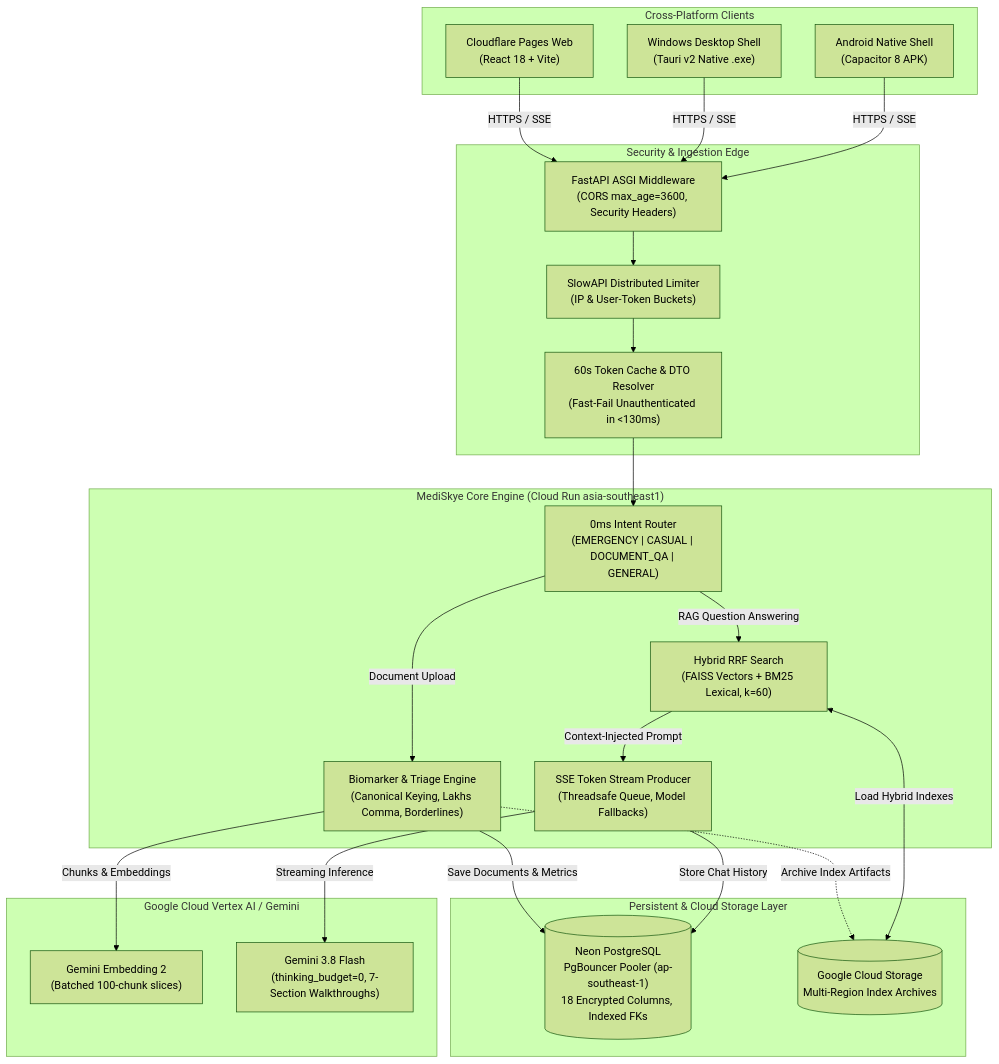
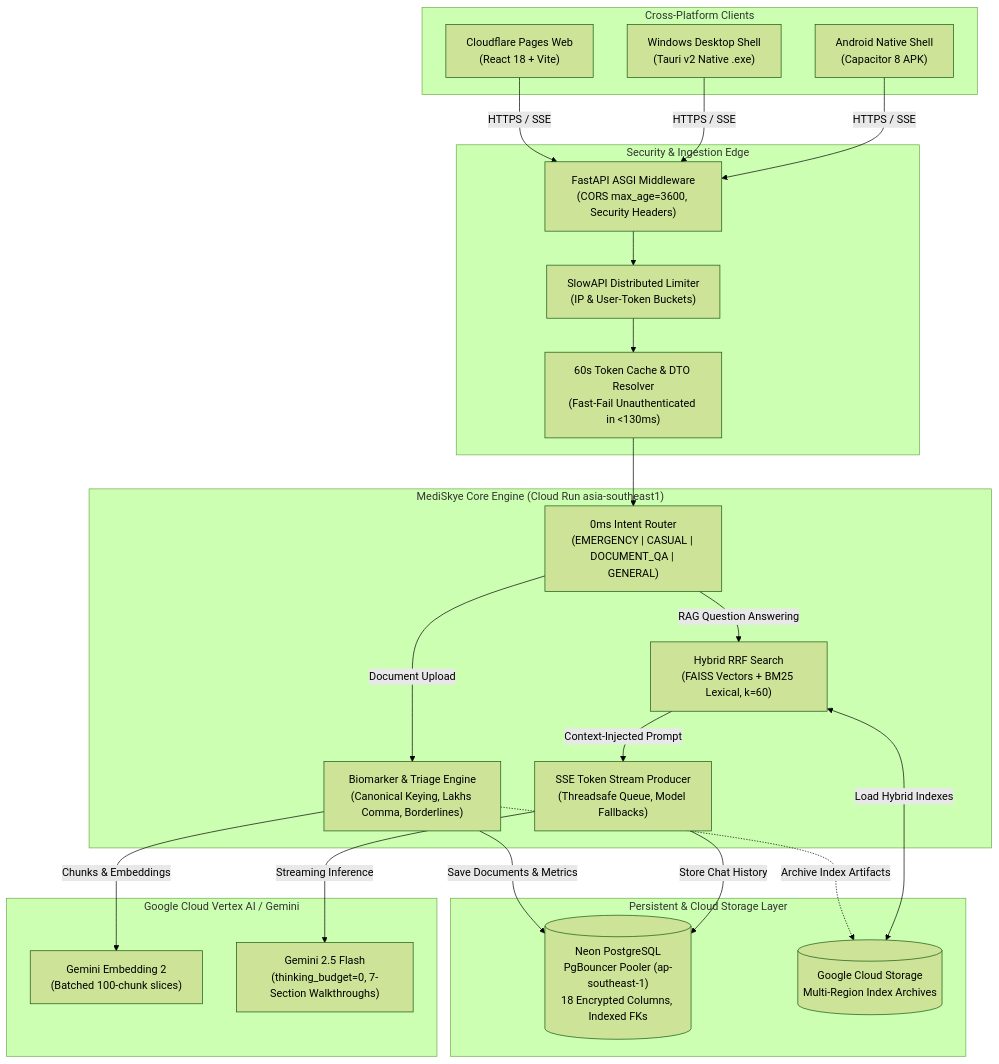
Before and after one commit to AdityaSharma2k04/MediSkye: the diagram in README.md, drawn with Mermaid (forest theme). The commit also changed other lines of this file and 12 other files, not shown here.

````diff
--- a/README.md
+++ b/README.md
@@ -86,44 +86,44 @@
 ```mermaid
 flowchart TB
     subgraph Clients["Cross-Platform Clients"]
         WEB["Cloudflare Pages Web<br/>(React 18 + Vite)"]
         TAURI["Windows Desktop Shell<br/>(Tauri v2 Native .exe)"]
         ANDROID["Android Native Shell<br/>(Capacitor 8 APK)"]
     end
 
     subgraph Edge["Security & Ingestion Edge"]
         CORS["FastAPI ASGI Middleware<br/>(CORS max_age=3600, Security Headers)"]
         RATE["SlowAPI Distributed Limiter<br/>(IP & User-Token Buckets)"]
         AUTH_GATE["60s Token Cache & DTO Resolver<br/>(Fast-Fail Unauthenticated in <130ms)"]
     end
 
     subgraph Core["MediSkye Core Engine (Cloud Run asia-southeast1)"]
         ROUTER["0ms Intent Router<br/>(EMERGENCY | CASUAL | DOCUMENT_QA | GENERAL)"]
         EXTRACT["Biomarker & Triage Engine<br/>(Canonical Keying, Lakhs Comma, Borderlines)"]
         RAG["Hybrid RRF Search<br/>(FAISS Vectors + BM25 Lexical, k=60)"]
         STREAM["SSE Token Stream Producer<br/>(Threadsafe Queue, Model Fallbacks)"]
     end
 
     subgraph Storage["Persistent & Cloud Storage Layer"]
         NEON[("Neon PostgreSQL<br/>PgBouncer Pooler (ap-southeast-1)<br/>18 Encrypted Columns, Indexed FKs")]
         GCS[("Google Cloud Storage<br/>Multi-Region Index Archives")]
     end
 
     subgraph Intelligence["Google Cloud Vertex AI / Gemini"]
         EMBED_API["Gemini Embedding 2<br/>(Batched 100-chunk slices)"]
-        GEMINI_LLM["Gemini 3.8 Flash<br/>(thinking_budget=0, 7-Section Walkthroughs)"]
+        GEMINI_LLM["Gemini 2.5 Flash<br/>(thinking_budget=0, 7-Section Walkthroughs)"]
     end
 
     WEB & TAURI & ANDROID -->|HTTPS / SSE| CORS
     CORS --> RATE --> AUTH_GATE
     AUTH_GATE --> ROUTER
     ROUTER -->|Document Upload| EXTRACT
     EXTRACT -->|Chunks & Embeddings| EMBED_API
     EXTRACT -->|Save Documents & Metrics| NEON
     EXTRACT -.->|Archive Index Artifacts| GCS
     ROUTER -->|RAG Question Answering| RAG
     RAG <-->|Load Hybrid Indexes| GCS
     RAG -->|Context-Injected Prompt| STREAM
     STREAM -->|Streaming Inference| GEMINI_LLM
     STREAM -->|Store Chat History| NEON
 ```
````
